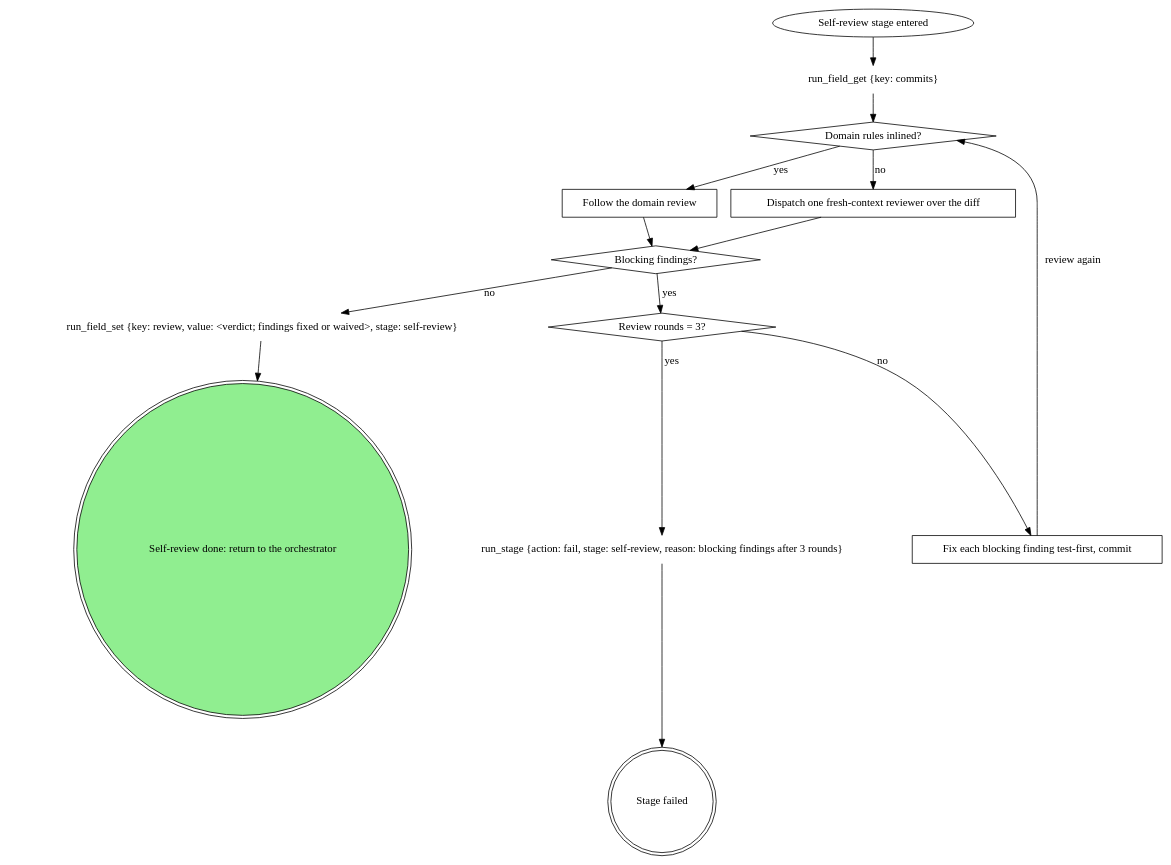
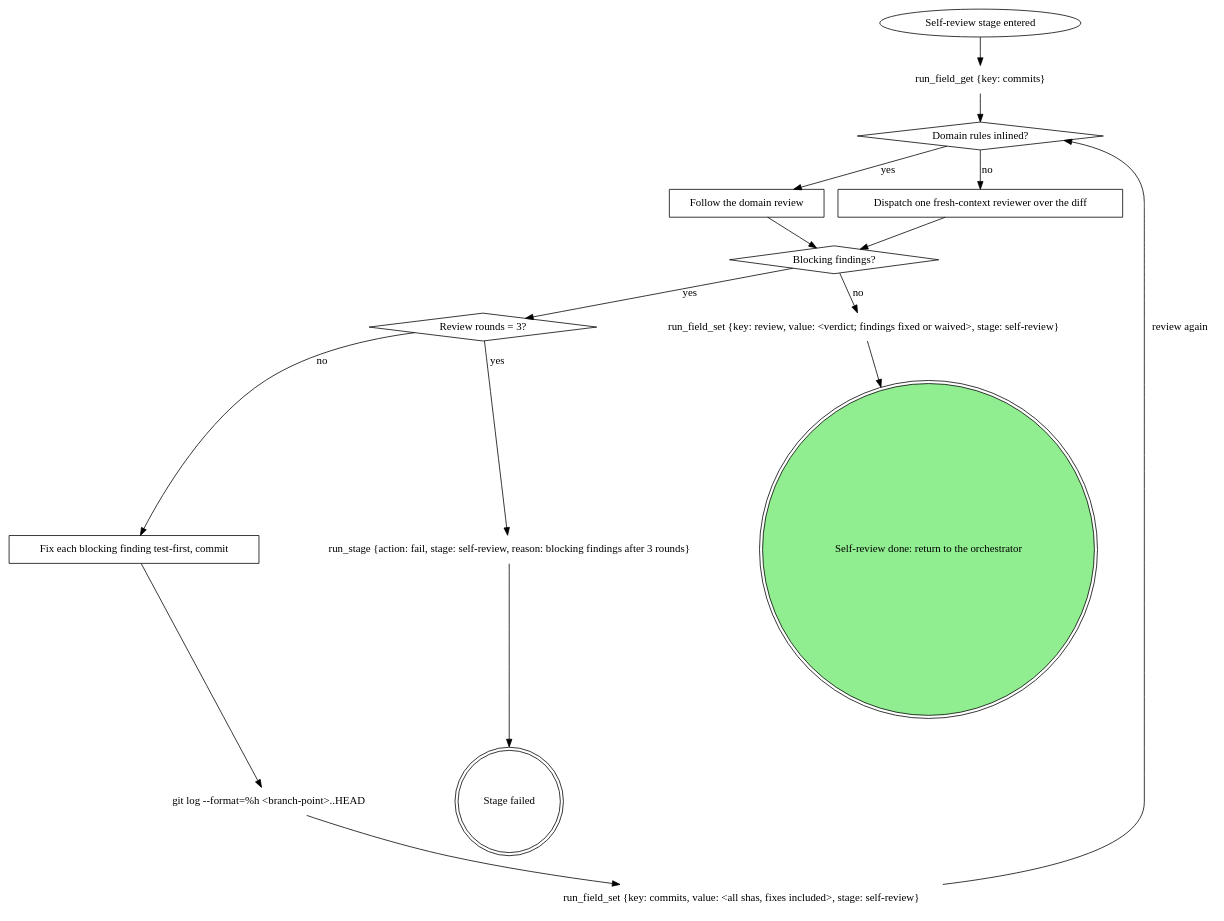
The diagram in attachments/work-next/work-next-self-review/SKILL.md (m4ttstack/skills), drawn with Graphviz before and after one commit. The commit also changed other lines of this file, not shown here.

Commit message:
work-next: self-review rewrites commits after its fix rounds

````diff
--- a/attachments/work-next/work-next-self-review/SKILL.md
+++ b/attachments/work-next/work-next-self-review/SKILL.md
@@ -24,32 +24,36 @@
 ```dot
 digraph self_review {
     rankdir=TB;
 
     "Self-review stage entered" [shape=ellipse];
     "run_field_get {key: commits}" [shape=plaintext];
     "Domain rules inlined?" [shape=diamond];
     "Follow the domain review" [shape=box];
     "Dispatch one fresh-context reviewer over the diff" [shape=box];
     "Blocking findings?" [shape=diamond];
     "Review rounds = 3?" [shape=diamond];
     "Fix each blocking finding test-first, commit" [shape=box];
+    "git log --format=%h <branch-point>..HEAD" [shape=plaintext];
+    "run_field_set {key: commits, value: <all shas, fixes included>, stage: self-review}" [shape=plaintext];
     "run_field_set {key: review, value: <verdict; findings fixed or waived>, stage: self-review}" [shape=plaintext];
     "run_stage {action: fail, stage: self-review, reason: blocking findings after 3 rounds}" [shape=plaintext];
     "Stage failed" [shape=doublecircle];
     "Self-review done: return to the orchestrator" [shape=doublecircle style=filled fillcolor=lightgreen];
 
     "Self-review stage entered" -> "run_field_get {key: commits}";
     "run_field_get {key: commits}" -> "Domain rules inlined?";
     "Domain rules inlined?" -> "Follow the domain review" [label="yes"];
     "Domain rules inlined?" -> "Dispatch one fresh-context reviewer over the diff" [label="no"];
     "Follow the domain review" -> "Blocking findings?";
     "Dispatch one fresh-context reviewer over the diff" -> "Blocking findings?";
     "Blocking findings?" -> "run_field_set {key: review, value: <verdict; findings fixed or waived>, stage: self-review}" [label="no"];
     "Blocking findings?" -> "Review rounds = 3?" [label="yes"];
     "Review rounds = 3?" -> "Fix each blocking finding test-first, commit" [label="no"];
     "Review rounds = 3?" -> "run_stage {action: fail, stage: self-review, reason: blocking findings after 3 rounds}" [label="yes"];
-    "Fix each blocking finding test-first, commit" -> "Domain rules inlined?" [label="review again"];
+    "Fix each blocking finding test-first, commit" -> "git log --format=%h <branch-point>..HEAD";
+    "git log --format=%h <branch-point>..HEAD" -> "run_field_set {key: commits, value: <all shas, fixes included>, stage: self-review}";
+    "run_field_set {key: commits, value: <all shas, fixes included>, stage: self-review}" -> "Domain rules inlined?" [label="review again"];
     "run_field_set {key: review, value: <verdict; findings fixed or waived>, stage: self-review}" -> "Self-review done: return to the orchestrator";
     "run_stage {action: fail, stage: self-review, reason: blocking findings after 3 rounds}" -> "Stage failed";
 }
 ```
````
